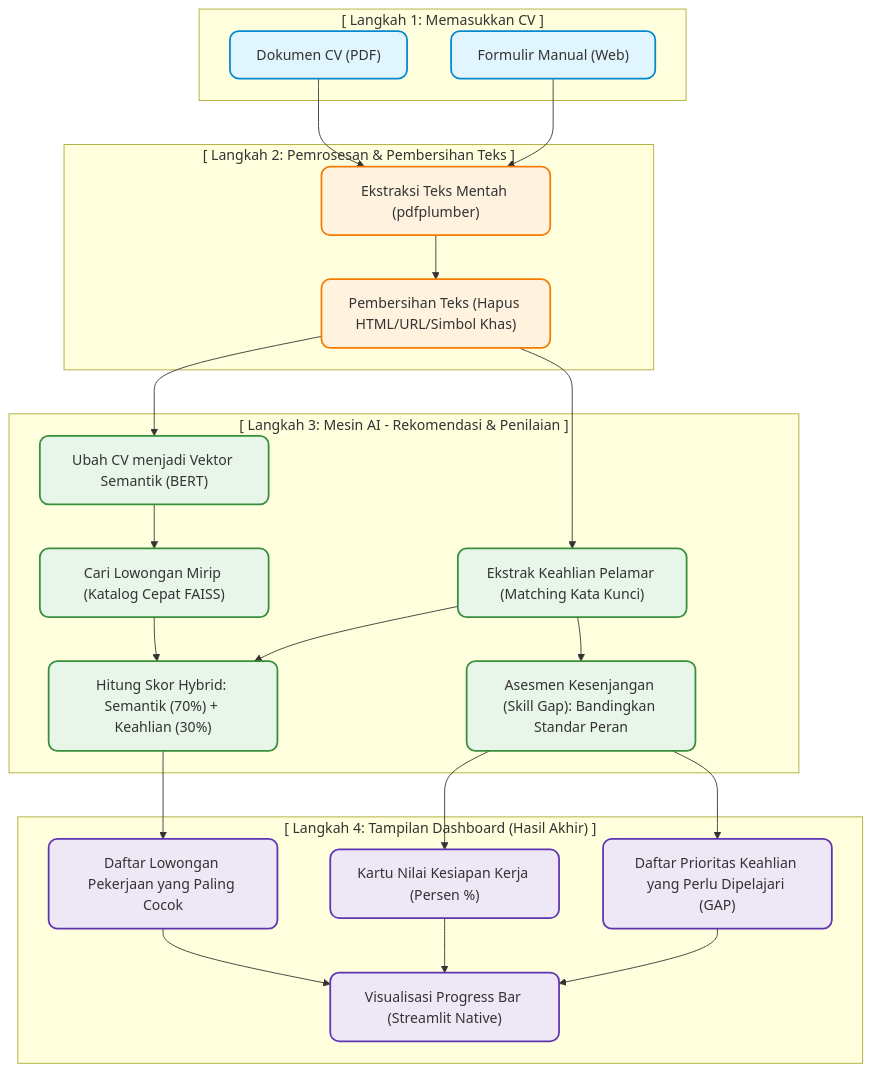
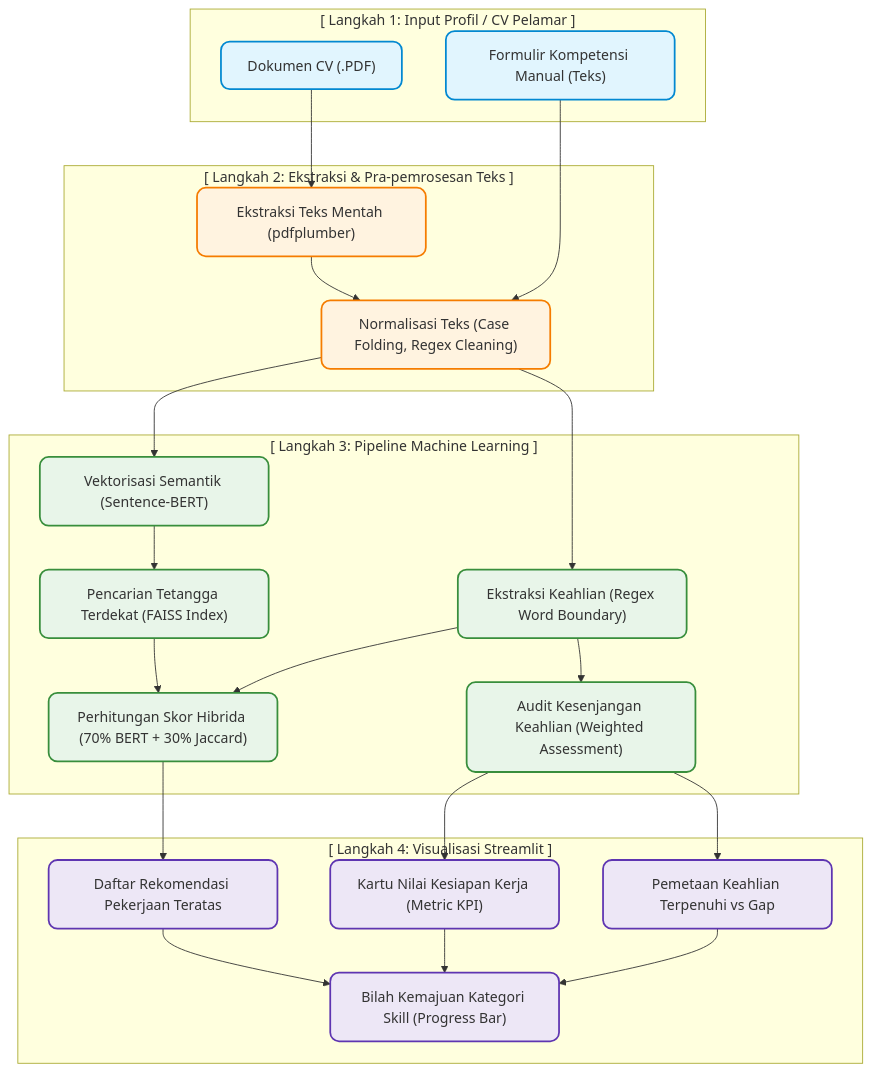
One commit to Irham-Najib-Azimul-Qowi/Analisis-Kesenjangan-Keterampilan changed the diagram in CV Recommender/PROSES_PENGEMBANGAN_ML.md. Above: the diagram before and after it, drawn with Mermaid. The commit also changed other lines of this file and 3 other files, not shown here.

Commit message:
docs: perbarui panduan pengembangan dan deployment untuk modul ML dan Gap Analysis dengan diagram Mermaid interaktif

````diff
--- a/CV Recommender/PROSES_PENGEMBANGAN_ML.md
+++ b/CV Recommender/PROSES_PENGEMBANGAN_ML.md
@@ -18,58 +13,58 @@
 ```mermaid
 graph TD
     classDef inputStyle fill:#e1f5fe,stroke:#0288d1,stroke-width:2px,rx:10px,ry:10px;
     classDef processStyle fill:#fff3e0,stroke:#f57c00,stroke-width:2px,rx:10px,ry:10px;
     classDef databaseStyle fill:#e8f5e9,stroke:#388e3c,stroke-width:2px,rx:10px,ry:10px;
     classDef outputStyle fill:#ede7f6,stroke:#5e35b1,stroke-width:2px,rx:10px,ry:10px;
 
     %% STEP 1: INPUT CV
-    subgraph S1["[ Langkah 1: Memasukkan CV ]"]
-        A1["Dokumen CV (PDF)"]
-        A2["Formulir Manual (Web)"]
+    subgraph S1["[ Langkah 1: Input Profil / CV Pelamar ]"]
+        A1["Dokumen CV (.PDF)"]
+        A2["Formulir Kompetensi Manual (Teks)"]
     end
 
-    %% STEP 2: PEMBERSIHAN & BACA DATA
-    subgraph S2["[ Langkah 2: Pemrosesan & Pembersihan Teks ]"]
+    %% STEP 2: PARSING & PEMBERSIHAN
+    subgraph S2["[ Langkah 2: Ekstraksi & Pra-pemrosesan Teks ]"]
         B1["Ekstraksi Teks Mentah (pdfplumber)"]
-        B2["Pembersihan Teks (Hapus HTML/URL/Simbol Khas)"]
+        B2["Normalisasi Teks (Case Folding, Regex Cleaning)"]
     end
 
     %% STEP 3: ANALISIS CERDAS (AI ENGINE)
-    subgraph S3["[ Langkah 3: Mesin AI - Rekomendasi & Penilaian ]"]
-        C1["Ubah CV menjadi Vektor Semantik (BERT)"]
-        C2["Cari Lowongan Mirip (Katalog Cepat FAISS)"]
-        C3["Ekstrak Keahlian Pelamar (Matching Kata Kunci)"]
-        C4["Hitung Skor Hybrid: Semantik (70%) + Keahlian (30%)"]
-        C5["Asesmen Kesenjangan (Skill Gap): Bandingkan Standar Peran"]
+    subgraph S3["[ Langkah 3: Pipeline Machine Learning ]"]
+        C1["Vektorisasi Semantik (Sentence-BERT)"]
+        C2["Pencarian Tetangga Terdekat (FAISS Index)"]
+        C3["Ekstraksi Keahlian (Regex Word Boundary)"]
+        C4["Perhitungan Skor Hibrida (70% BERT + 30% Jaccard)"]
+        C5["Audit Kesenjangan Keahlian (Weighted Assessment)"]
     end
 
     %% STEP 4: TAMPILAN DASHBOARD
-    subgraph S4["[ Langkah 4: Tampilan Dashboard (Hasil Akhir) ]"]
-        D1["Kartu Nilai Kesiapan Kerja (Persen %)"]
-        D2["Daftar Lowongan Pekerjaan yang Paling Cocok"]
-        D3["Daftar Prioritas Keahlian yang Perlu Dipelajari (GAP)"]
-        D4["Visualisasi Progress Bar (Streamlit Native)"]
+    subgraph S4["[ Langkah 4: Visualisasi Streamlit ]"]
+        D1["Kartu Nilai Kesiapan Kerja (Metric KPI)"]
+        D2["Daftar Rekomendasi Pekerjaan Teratas"]
+        D3["Pemetaan Keahlian Terpenuhi vs Gap"]
+        D4["Bilah Kemajuan Kategori Skill (Progress Bar)"]
     end
 
-    %% Hubungan
+    %% Hubungan Alur
     A1 --> B1
-    A2 --> B1
+    A2 --> B2
     B1 --> B2
     B2 --> C1
     B2 --> C3
     C1 --> C2
     C2 --> C4
     C3 --> C4
     C3 --> C5
     C4 --> D2
     C5 --> D1
     C5 --> D3
     D1 --> D4
     D2 --> D4
     D3 --> D4
 
     class A1,A2 inputStyle;
     class B1,B2 processStyle;
     class C1,C2,C3,C4,C5 databaseStyle;
     class D1,D2,D3,D4 outputStyle;
 ```
````
